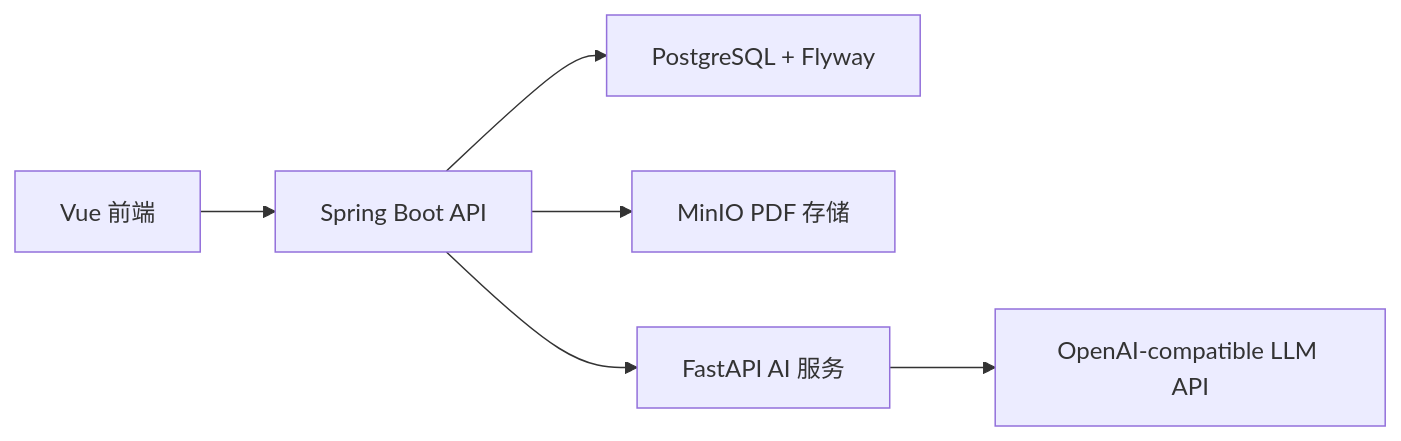
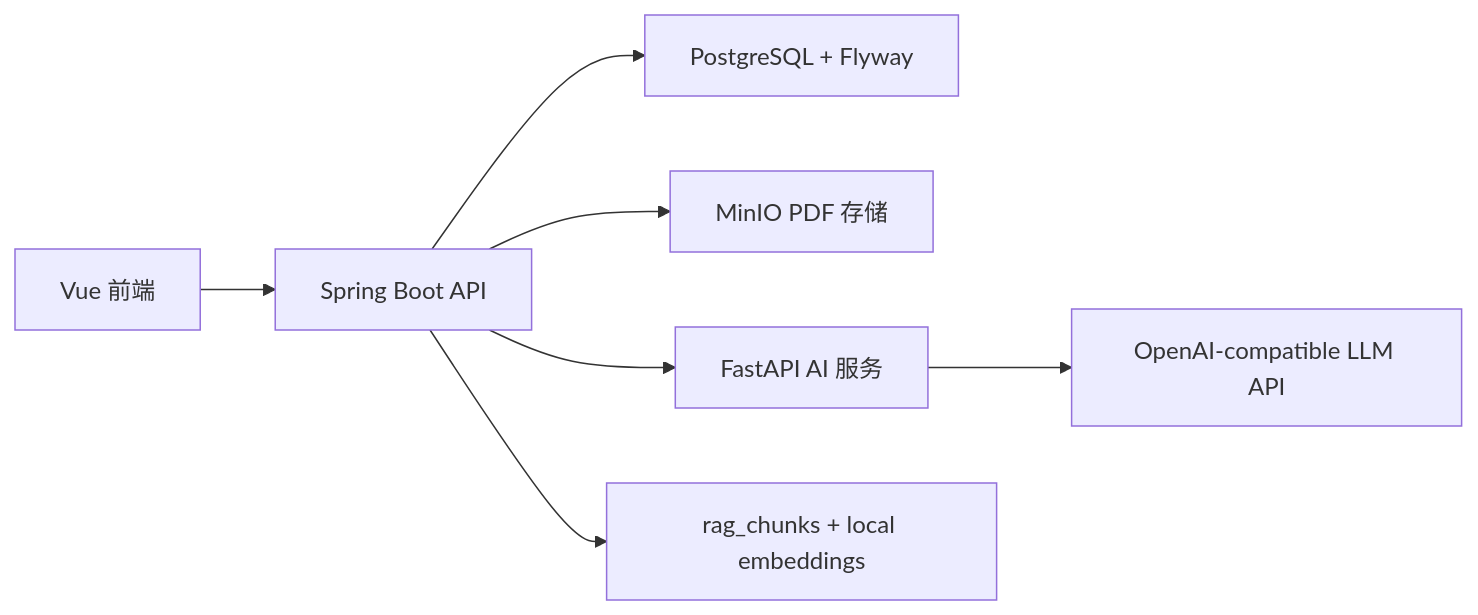
The diagram in README.md (2021-5-20/Labflow), drawn with Mermaid before and after one commit. The commit also changed other lines of this file and 22 other files, not shown here.

````diff
--- a/README.md
+++ b/README.md
@@ -86,8 +87,9 @@
 ```mermaid
 flowchart LR
   Web["Vue 前端"] --> API["Spring Boot API"]
   API --> PG["PostgreSQL + Flyway"]
   API --> MinIO["MinIO PDF 存储"]
   API --> AI["FastAPI AI 服务"]
+  API --> RAG["rag_chunks + local embeddings"]
   AI --> LLM["OpenAI-compatible LLM API"]
 ```
````
